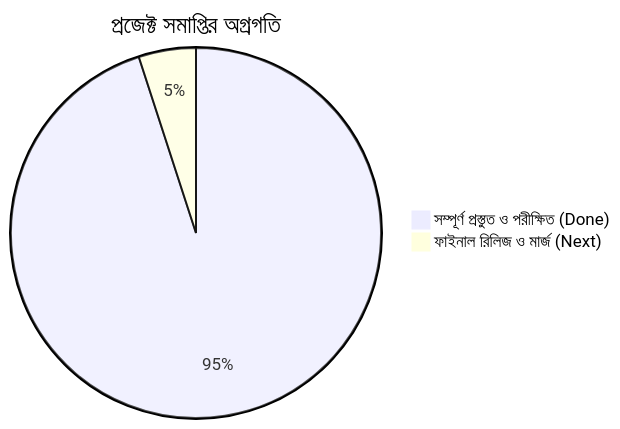
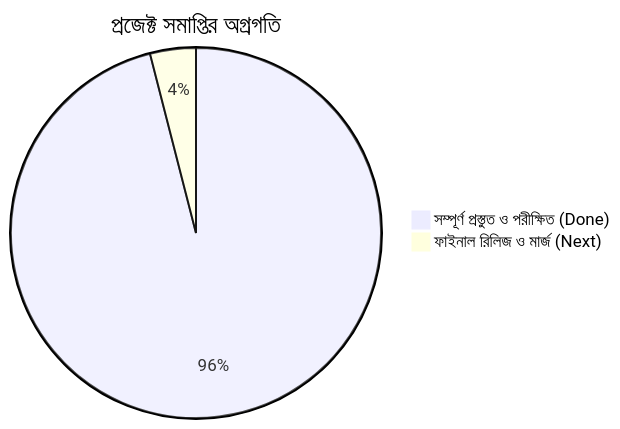
One commit to johnymahmud/radio-charu-app changed the diagram in docs/PROJECT_STATE.md. Above: the diagram before and after it, drawn with Mermaid. The commit also changed other lines of this file and 7 other files, not shown here.

Commit message:
feat: deploy Firebase multi-site hosting at radiocharu.web.app and record ADR-005 dual-frontend architecture

````diff
--- a/docs/PROJECT_STATE.md
+++ b/docs/PROJECT_STATE.md
@@ -10,5 +10,5 @@
 ```mermaid
 pie title প্রজেক্ট সমাপ্তির অগ্রগতি
-    "সম্পূর্ণ প্রস্তুত ও পরীক্ষিত (Done)" : 95
-    "ফাইনাল রিলিজ ও মার্জ (Next)" : 5
+    "সম্পূর্ণ প্রস্তুত ও পরীক্ষিত (Done)" : 96
+    "ফাইনাল রিলিজ ও মার্জ (Next)" : 4
 ```
````
